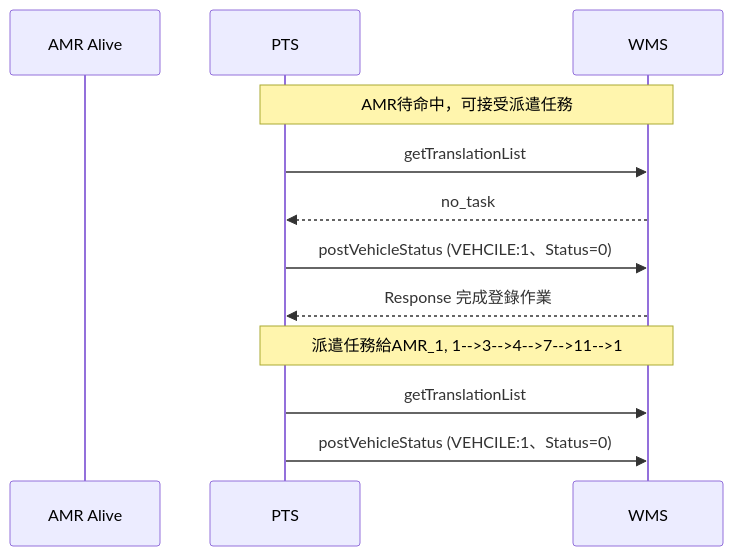
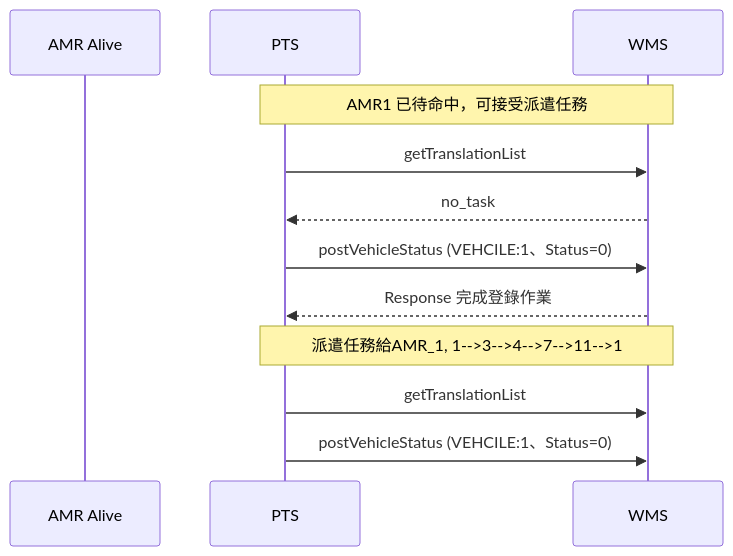
Before and after one commit to athena-tircgo/amr-wms-lsj: the sixth of 6 diagrams in README.md, drawn with Mermaid. The commit also changed other lines of this file, not shown here.

````diff
--- a/README.md
+++ b/README.md
@@ -340,17 +340,17 @@
 ```mermaid
 sequenceDiagram
     participant AMR Alive
     participant PTS
     participant WMS
 
-note over PTS,WMS: AMR待命中，可接受派遣任務
+note over PTS,WMS: AMR1 已待命中，可接受派遣任務
         PTS->>WMS: getTranslationList
         WMS-->>PTS: no_task
         PTS->>WMS: postVehicleStatus (VEHCILE:1、Status=0)
         WMS-->>PTS: Response 完成登錄作業
         
 note over PTS,WMS: 派遣任務給AMR_1, 1-->3-->4-->7-->11-->1
      PTS->>WMS: getTranslationList
      PTS->>WMS: postVehicleStatus (VEHCILE:1、Status=0)
 
 ```
````
